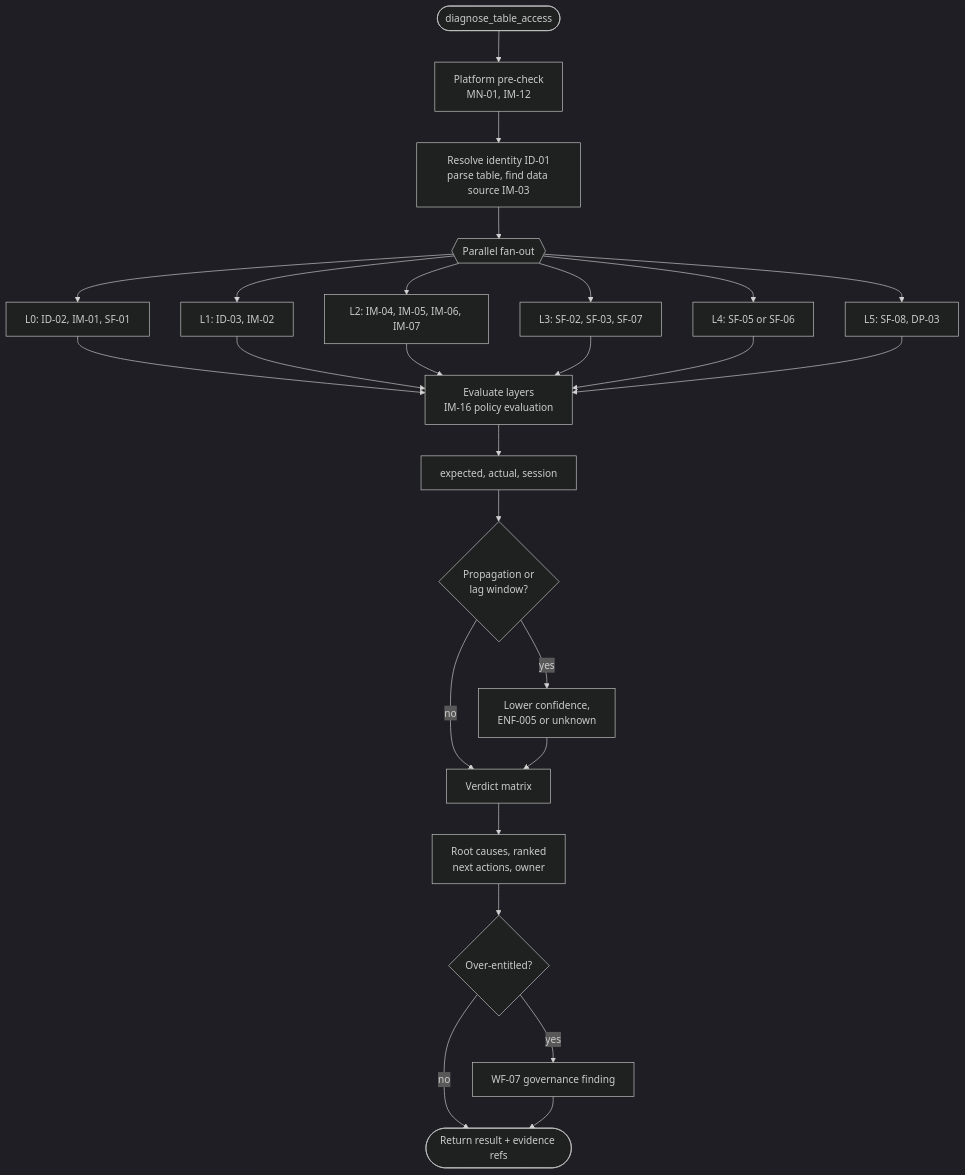
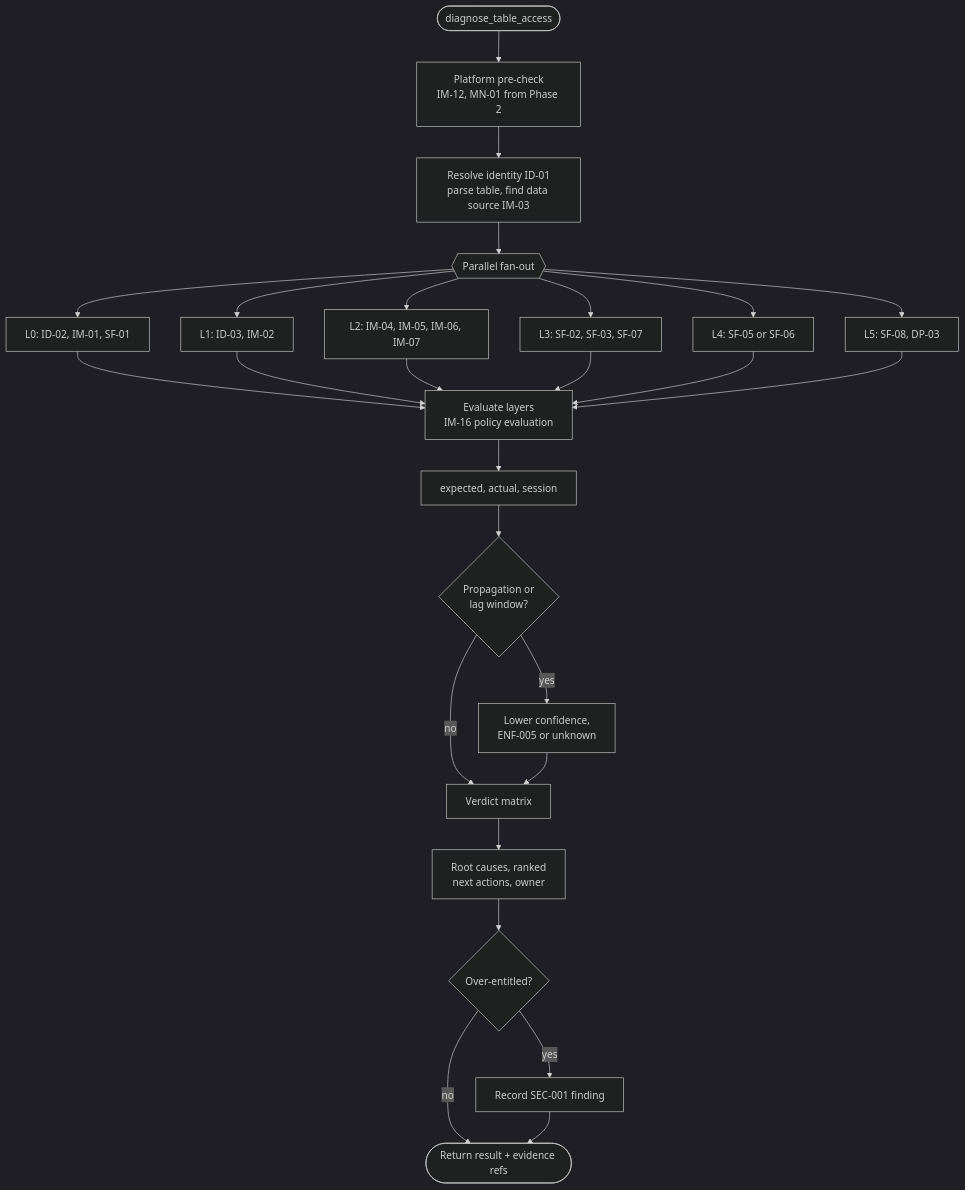
Before and after one commit to pranavkulkarni1012/agentic-consumer-journey: the diagram in docs/06-diagnostic-model.md, drawn with Mermaid (dark theme). The commit also changed other lines of this file and 21 other files, not shown here.

````diff
--- a/docs/06-diagnostic-model.md
+++ b/docs/06-diagnostic-model.md
@@ -228,23 +228,23 @@
 ```mermaid
 flowchart TD
-    S([diagnose_table_access]) --> P[Platform pre-check<br/>MN-01, IM-12]
+    S([diagnose_table_access]) --> P[Platform pre-check<br/>IM-12, MN-01 from Phase 2]
     P --> R[Resolve identity ID-01<br/>parse table, find data source IM-03]
     R --> F{{Parallel fan-out}}
     F --> A1[L0: ID-02, IM-01, SF-01]
     F --> A2[L1: ID-03, IM-02]
     F --> A3[L2: IM-04, IM-05, IM-06, IM-07]
     F --> A4[L3: SF-02, SF-03, SF-07]
     F --> A5[L4: SF-05 or SF-06]
     F --> A6[L5: SF-08, DP-03]
     A1 & A2 & A3 & A4 & A5 & A6 --> E[Evaluate layers<br/>IM-16 policy evaluation]
     E --> X[expected, actual, session]
     X --> W{Propagation or<br/>lag window?}
     W -- yes --> M[Lower confidence,<br/>ENF-005 or unknown]
     W -- no --> V[Verdict matrix]
     M --> V
     V --> C[Root causes, ranked<br/>next actions, owner]
     C --> O{Over-entitled?}
-    O -- yes --> G[WF-07 governance finding]
+    O -- yes --> G[Record SEC-001 finding]
     O -- no --> Z
     G --> Z([Return result + evidence refs])
 ```
````
